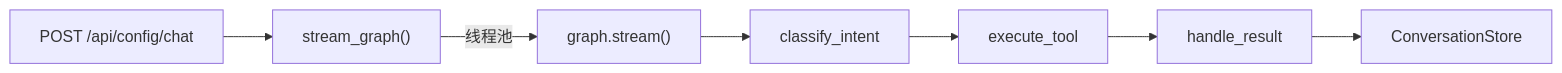
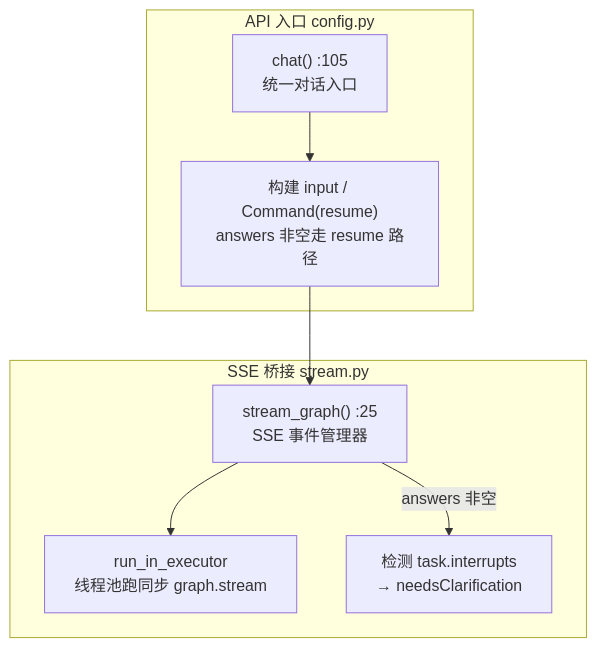
One commit to 996Code/llm-to-modeler changed diagram 14 of 33 in doc/系统架构与学习指南.md. Above: the diagram before and after it, drawn with Mermaid. The commit also changed other lines of this file and 82 other files, not shown here.

````diff
--- a/doc/系统架构与学习指南.md
+++ b/doc/系统架构与学习指南.md
@@ -250,9 +383,17 @@
 ```mermaid
-flowchart LR
-    Chat["POST /api/config/chat"] --> StreamGraph["stream_graph()"]
-    StreamGraph -->|"线程池"| RunGraph["graph.stream()"]
-    RunGraph --> Classify["classify_intent"]
-    Classify --> Execute["execute_tool"]
-    Execute --> Handle["handle_result"]
-    Handle --> Store["ConversationStore"]
+flowchart TD
+    subgraph APIEntry["API 入口 config.py"]
+        Chat["chat() :105<br/>统一对话入口"]
+        BuildInput["构建 input / Command(resume)<br/>answers 非空走 resume 路径"]
+    end
+
+    subgraph StreamLayer["SSE 桥接 stream.py"]
+        StreamGraph["stream_graph() :25<br/>SSE 事件管理器"]
+        ThreadPool["run_in_executor<br/>线程池跑同步 graph.stream"]
+        Detect["检测 task.interrupts<br/>→ needsClarification"]
+    end
+
+    Chat --> BuildInput --> StreamGraph
+    StreamGraph --> ThreadPool
+    StreamGraph -->|answers 非空| Detect
 ```
````
